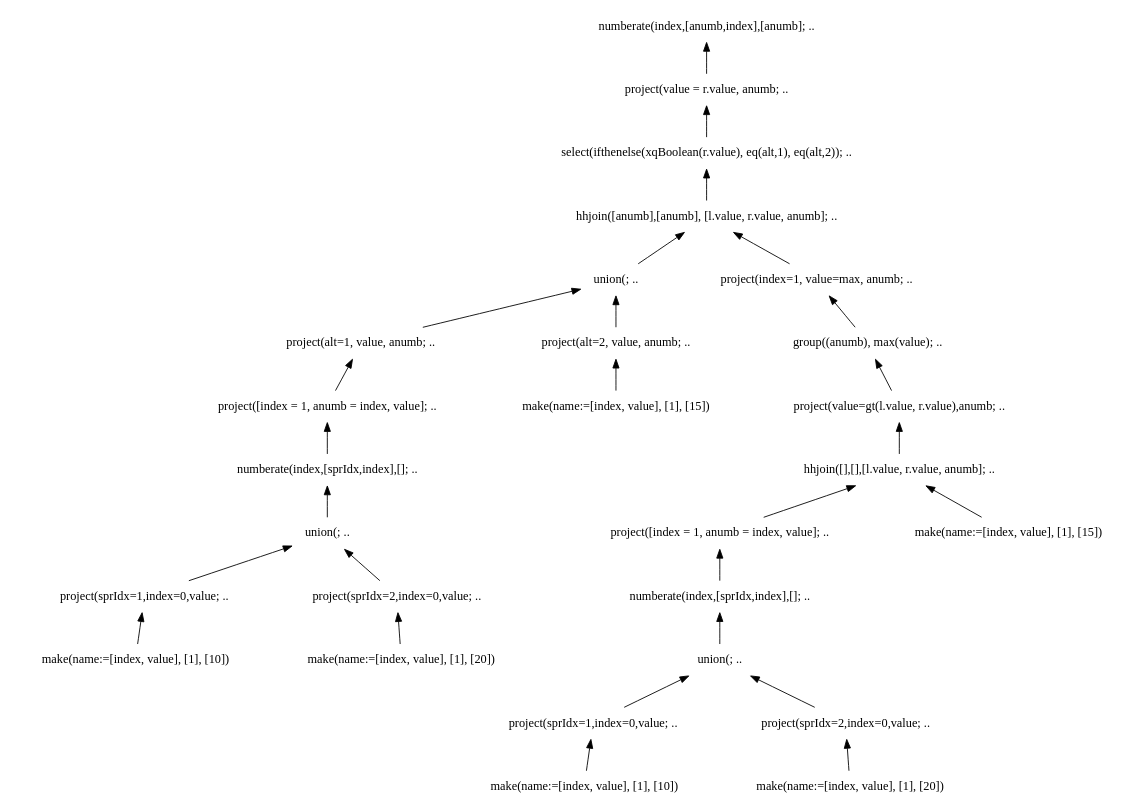
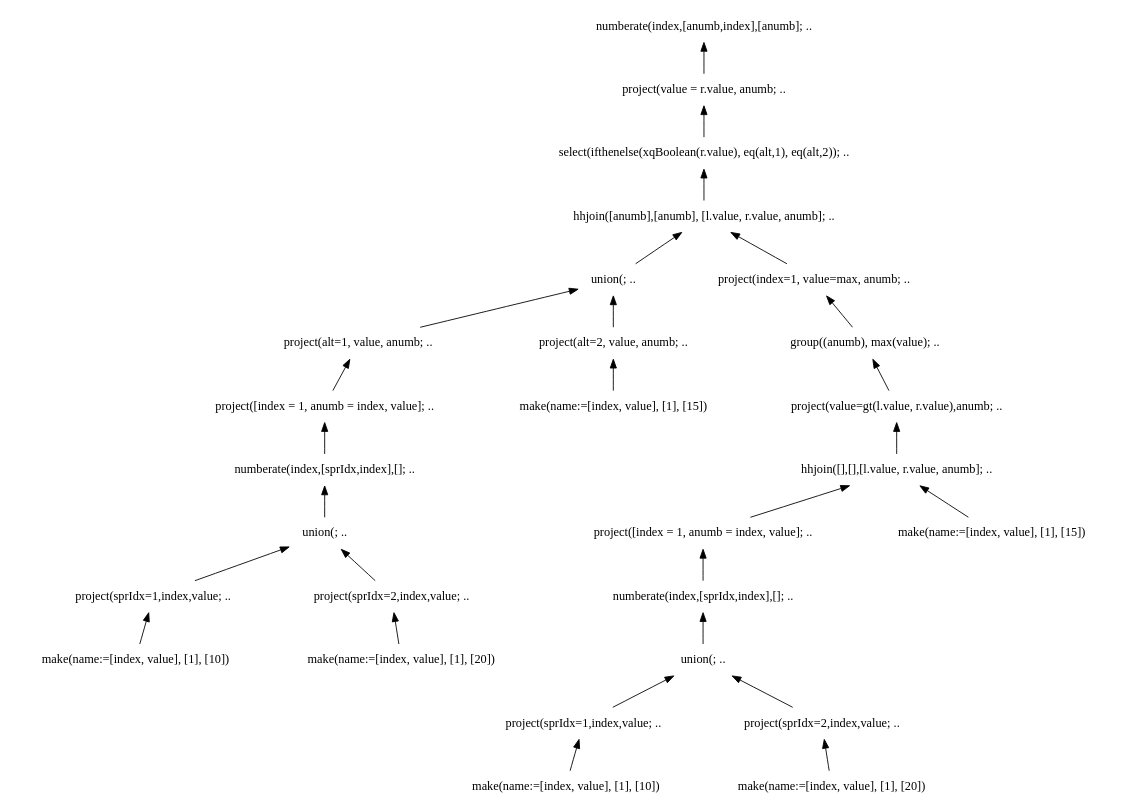
The diagram in doc/img/graphs/td_impl_flwor_ifthenelse.xq_relalg.dot (andrerav/xqft-parser), drawn with Graphviz before and after one commit. The commit also changed 7 other files, not shown here.

```diff
--- a/doc/img/graphs/td_impl_flwor_ifthenelse.xq_relalg.dot
+++ b/doc/img/graphs/td_impl_flwor_ifthenelse.xq_relalg.dot
@@ -1,58 +1,58 @@
 digraph AST {
 edge [color=black, dir=both, weight=1, fontcolor=black, arrowhead=none, arrowtail=normal]
 node [shape=plaintext]
   numberate1 -> project2
     project2 -> select3
       select3 -> hhjoin4
         hhjoin4 -> union5
           union5 -> project6
             project6 -> project7
               project7 -> numberate8
                 numberate8 -> union9
                   union9 -> project10
                     project10 -> make11
 make11 [label="make(name:=[index, value], [1], [10])"]
-project10 [label="project(sprIdx=1,index=0,value; .."]
+project10 [label="project(sprIdx=1,index,value; .."]
                     union9 -> project12
                       project12 -> make13
 make13 [label="make(name:=[index, value], [1], [20])"]
-project12 [label="project(sprIdx=2,index=0,value; .."]
+project12 [label="project(sprIdx=2,index,value; .."]
 union9 [label="union(; .."]
 numberate8 [label="numberate(index,[sprIdx,index],[]; .."]
 project7 [label="project([index = 1, anumb = index, value]; .."]
 project6 [label="project(alt=1, value, anumb; .."]
             union5 -> project14
               project14 -> make15
 make15 [label="make(name:=[index, value], [1], [15])"]
 project14 [label="project(alt=2, value, anumb; .."]
 union5 [label="union(; .."]
           hhjoin4 -> project16
             project16 -> group17
               group17 -> project18
                 project18 -> hhjoin19
                   hhjoin19 -> project20
                     project20 -> numberate21
                       numberate21 -> union22
                         union22 -> project23
                           project23 -> make24
 make24 [label="make(name:=[index, value], [1], [10])"]
-project23 [label="project(sprIdx=1,index=0,value; .."]
+project23 [label="project(sprIdx=1,index,value; .."]
                           union22 -> project25
                             project25 -> make26
 make26 [label="make(name:=[index, value], [1], [20])"]
-project25 [label="project(sprIdx=2,index=0,value; .."]
+project25 [label="project(sprIdx=2,index,value; .."]
 union22 [label="union(; .."]
 numberate21 [label="numberate(index,[sprIdx,index],[]; .."]
 project20 [label="project([index = 1, anumb = index, value]; .."]
                     hhjoin19 -> make27
 make27 [label="make(name:=[index, value], [1], [15])"]
 hhjoin19 [label="hhjoin([],[],[l.value, r.value, anumb]; .."]
 project18 [label="project(value=gt(l.value, r.value),anumb; .."]
 group17 [label="group((anumb), max(value); .."]
 project16 [label="project(index=1, value=max, anumb; .."]
 hhjoin4 [label="hhjoin([anumb],[anumb], [l.value, r.value, anumb]; .."]
 select3 [label="select(ifthenelse(xqBoolean(r.value), eq(alt,1), eq(alt,2)); .."]
 project2 [label="project(value = r.value, anumb; .."]
 numberate1 [label="numberate(index,[anumb,index],[anumb]; .."]
 
 }
```
